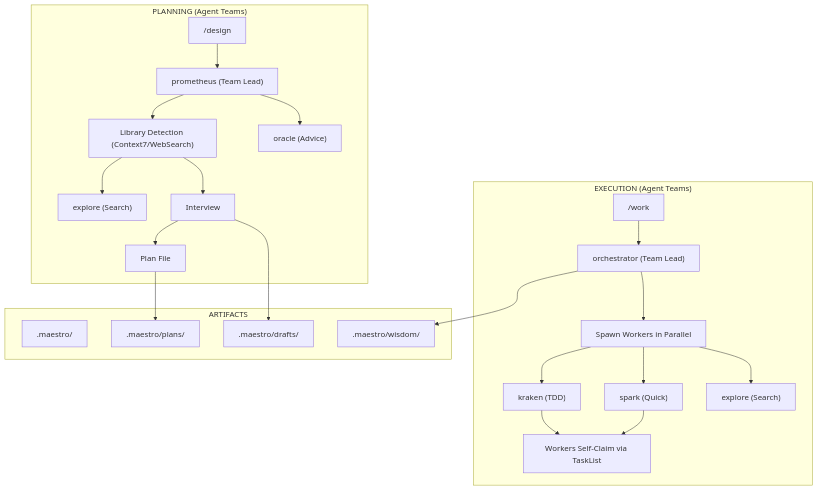
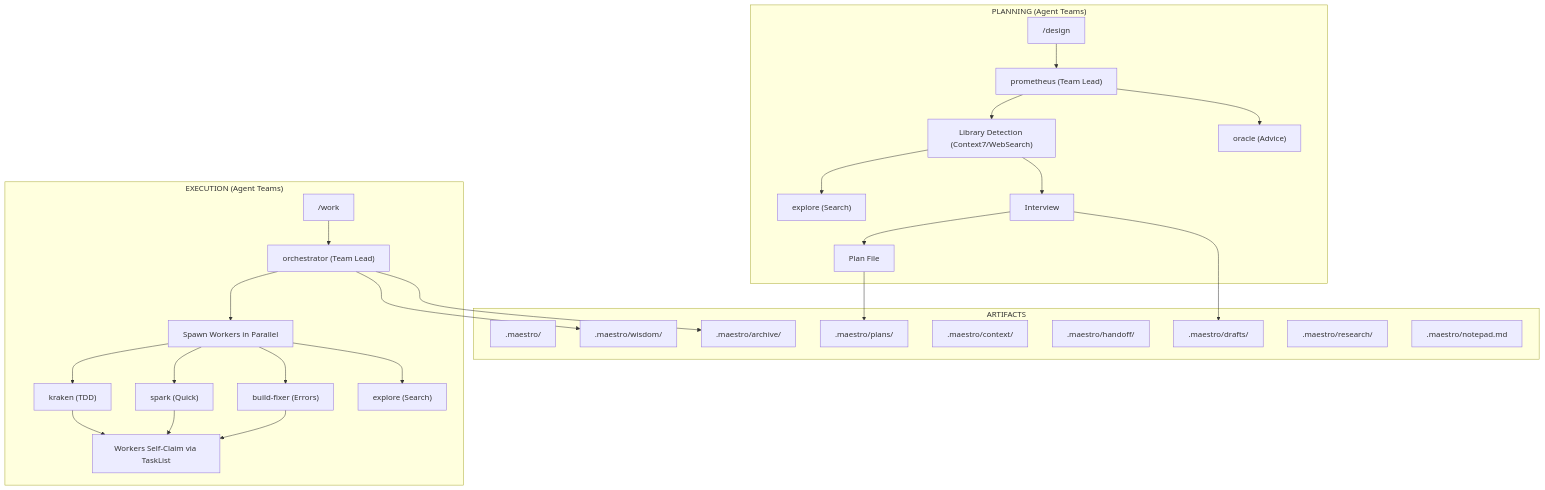
The diagram in docs/ARCHITECTURE.md (ReinaMacCredy/maestro), drawn with Mermaid before and after one commit. The commit also changed other lines of this file and 6 other files, not shown here.

````diff
--- a/docs/ARCHITECTURE.md
+++ b/docs/ARCHITECTURE.md
@@ -7,32 +7,40 @@
 ```mermaid
 flowchart TB
     subgraph PLANNING["PLANNING (Agent Teams)"]
         PLAN["/design"] --> PROMETHEUS["prometheus (Team Lead)"]
         PROMETHEUS --> CTX7["Library Detection (Context7/WebSearch)"]
         CTX7 --> EXPLORE_P["explore (Search)"]
         PROMETHEUS --> ORACLE_P["oracle (Advice)"]
         CTX7 --> INTERVIEW["Interview"]
         INTERVIEW --> PLANFILE["Plan File"]
     end
 
     subgraph EXECUTION["EXECUTION (Agent Teams)"]
         WORK["/work"] --> LEAD["orchestrator (Team Lead)"]
         LEAD --> TEAMMATES["Spawn Workers in Parallel"]
         TEAMMATES --> KRAKEN["kraken (TDD)"]
         TEAMMATES --> SPARK["spark (Quick)"]
+        TEAMMATES --> BUILDFIXER["build-fixer (Errors)"]
         TEAMMATES --> EXPLORE["explore (Search)"]
         KRAKEN --> SELFCLAIM["Workers Self-Claim via TaskList"]
         SPARK --> SELFCLAIM
+        BUILDFIXER --> SELFCLAIM
     end
 
     subgraph ARTIFACTS["ARTIFACTS"]
         MAESTRO[".maestro/"]
         PLANS[".maestro/plans/"]
+        ARCHIVE[".maestro/archive/"]
         DRAFTS[".maestro/drafts/"]
+        CONTEXT[".maestro/context/"]
+        HANDOFF[".maestro/handoff/"]
         WISDOM[".maestro/wisdom/"]
+        RESEARCH[".maestro/research/"]
+        NOTEPAD[".maestro/notepad.md"]
     end
 
     PLANFILE --> PLANS
     INTERVIEW --> DRAFTS
     LEAD --> WISDOM
+    LEAD --> ARCHIVE
 ```
````
